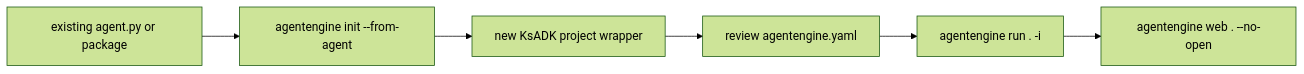
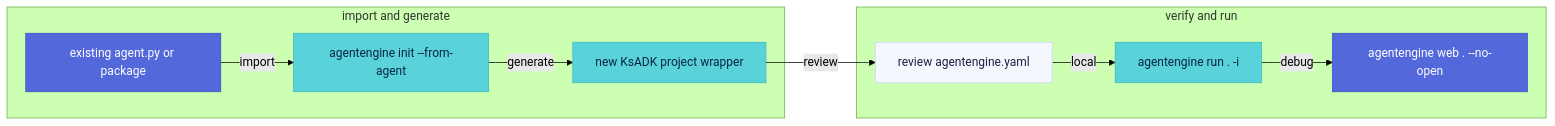
The diagram in docs-site/content/docs/framework/tutorials/existing-agent.en.mdx (kingsoftcloud/ksadk-python), drawn with Mermaid (forest theme) before and after one commit. The commit also changed 33 other files, not shown here.

````diff
--- a/docs-site/content/docs/framework/tutorials/existing-agent.en.mdx
+++ b/docs-site/content/docs/framework/tutorials/existing-agent.en.mdx
@@ -12,8 +12,26 @@
 ```mermaid
 flowchart LR
-  Source["existing agent.py or package"] --> Import["agentengine init --from-agent"]
-  Import --> Wrapper["new KsADK project wrapper"]
-  Wrapper --> Review["review agentengine.yaml"]
-  Review --> Run["agentengine run . -i"]
-  Run --> Web["agentengine web . --no-open"]
+  Source["existing agent.py or package"] -->|import| Import["agentengine init --from-agent"]
+  Import -->|generate| Wrapper["new KsADK project wrapper"]
+  Wrapper -->|review| Review["review agentengine.yaml"]
+  Review -->|local| Run["agentengine run . -i"]
+  Run -->|debug| Web["agentengine web . --no-open"]
+
+  subgraph import["import and generate"]
+    Source
+    Import
+    Wrapper
+  end
+  subgraph verify["verify and run"]
+    Review
+    Run
+    Web
+  end
+
+  classDef brand fill:#5368db,stroke:#3b4cc7,color:#fff
+  classDef accent fill:#59d3d9,stroke:#3fb8be,color:#0a2540
+  classDef neutral fill:#f5f7ff,stroke:#c9d2f5,color:#1a2240
+  class Source,Web brand
+  class Import,Wrapper,Run accent
+  class Review neutral
 ```
````
